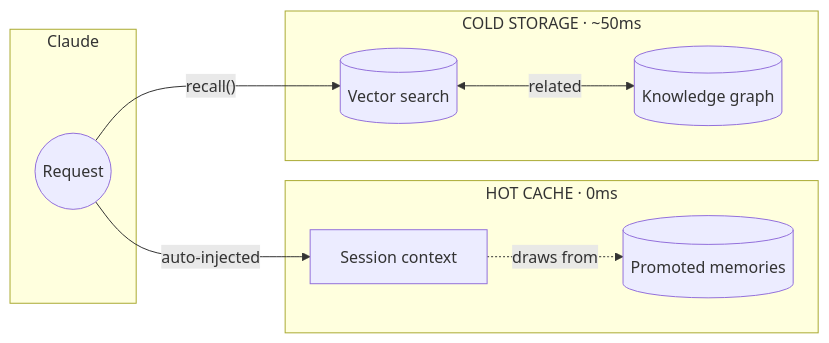
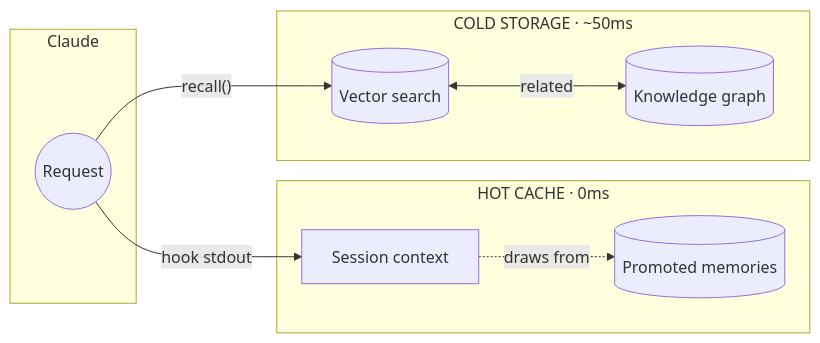
The diagram in README.md (michael-denyer/memory-mcp), drawn with Mermaid before and after one commit. The commit also changed other lines of this file and 37 other files, not shown here.

````diff
--- a/README.md
+++ b/README.md
@@ -85,21 +85,21 @@
 ```mermaid
 flowchart LR
     subgraph LLM["Claude"]
         REQ((Request))
     end
 
     subgraph Hot["HOT CACHE · 0ms"]
         HC[Session context]
         PM[(Promoted memories)]
     end
 
     subgraph Cold["COLD STORAGE · ~50ms"]
         VS[(Vector search)]
         KG[(Knowledge graph)]
     end
 
-    REQ -->|"auto-injected"| HC
+    REQ -->|"hook stdout"| HC
     HC -.->|"draws from"| PM
     REQ -->|"recall()"| VS
     VS <-->|"related"| KG
 ```
````
